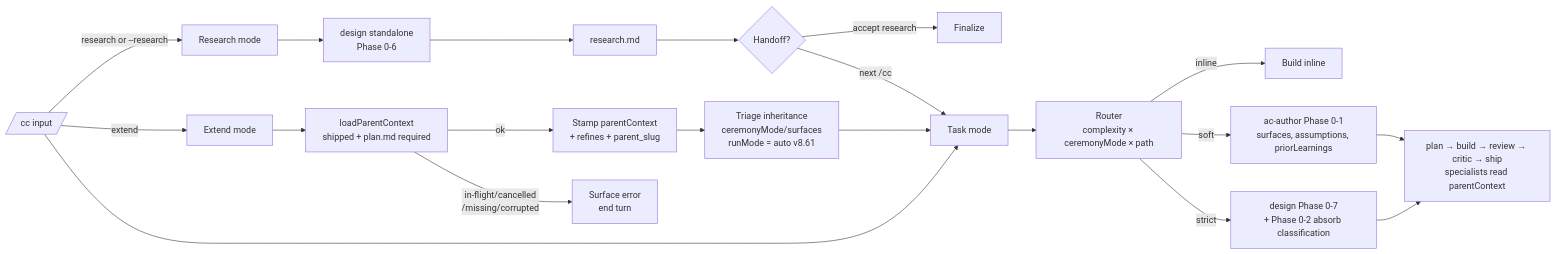
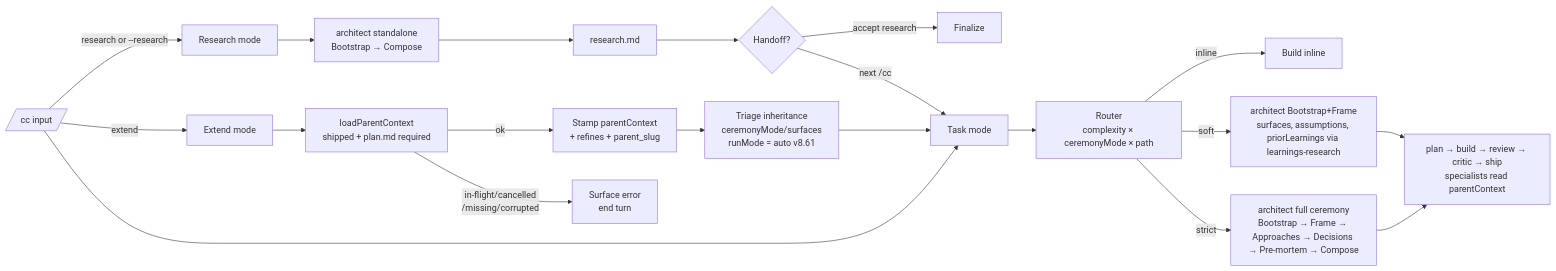
One commit to zuevrs/cclaw changed the diagram in README.md. Above: the diagram before and after it, drawn with Mermaid. The commit also changed other lines of this file and 81 other files, not shown here.

First line of the commit message:
v8.62: Unified flow + kill design + remove security-reviewer + renames (#290)

````diff
--- a/README.md
+++ b/README.md
@@ -133,25 +134,25 @@
 ```mermaid
 flowchart LR
     A[/cc input/] -->|"research <topic>" or --research| R[Research mode]
     A -->|"extend <slug> <task>"| E[Extend mode]
     A -->|"<task>"| T[Task mode]
 
-    R --> D1[design standalone<br/>Phase 0-6]
+    R --> D1[architect standalone<br/>Bootstrap → Compose]
     D1 --> RM["research.md"]
     RM --> H{Handoff?}
     H -->|"accept research"| END[Finalize]
     H -->|next /cc| T
 
     E --> LC[loadParentContext<br/>shipped + plan.md required]
     LC -->|ok| EI[Stamp parentContext<br/>+ refines + parent_slug]
     EI --> EHE[Triage inheritance<br/>ceremonyMode/surfaces<br/>runMode = auto v8.61]
     EHE --> T
     LC -->|in-flight/cancelled<br/>/missing/corrupted| EERR[Surface error<br/>end turn]
 
     T --> RT[Router<br/>complexity × ceremonyMode × path]
     RT -->|inline| INL[Build inline]
-    RT -->|soft| PL[ac-author Phase 0-1<br/>surfaces, assumptions, priorLearnings]
-    RT -->|strict| DS[design Phase 0-7<br/>+ Phase 0-2 absorb classification]
+    RT -->|soft| PL[architect Bootstrap+Frame<br/>surfaces, assumptions, priorLearnings via learnings-research]
+    RT -->|strict| DS[architect full ceremony<br/>Bootstrap → Frame → Approaches → Decisions → Pre-mortem → Compose]
     PL --> BD[plan → build → review → critic → ship<br/>specialists read parentContext]
     DS --> BD
 ```
````
